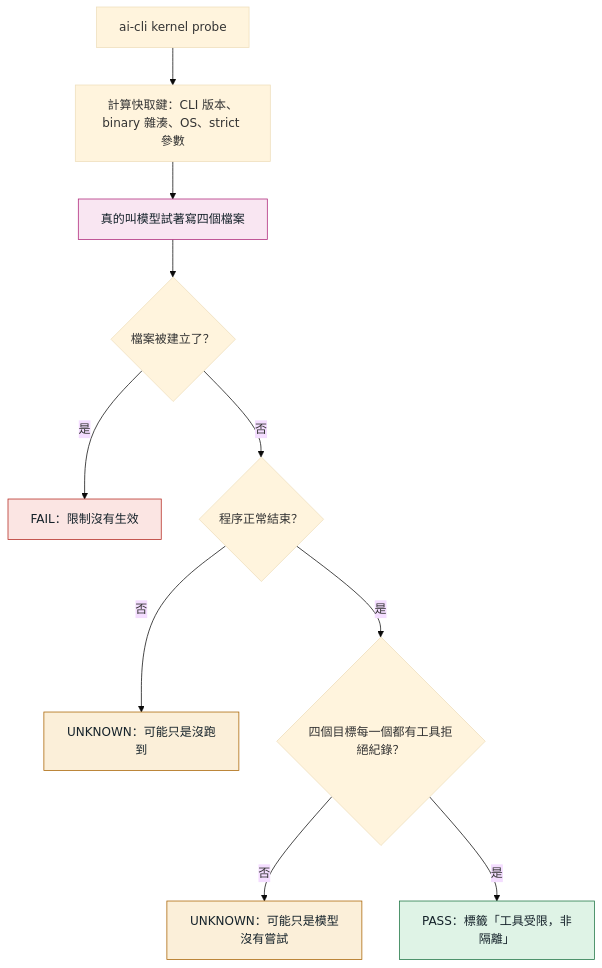
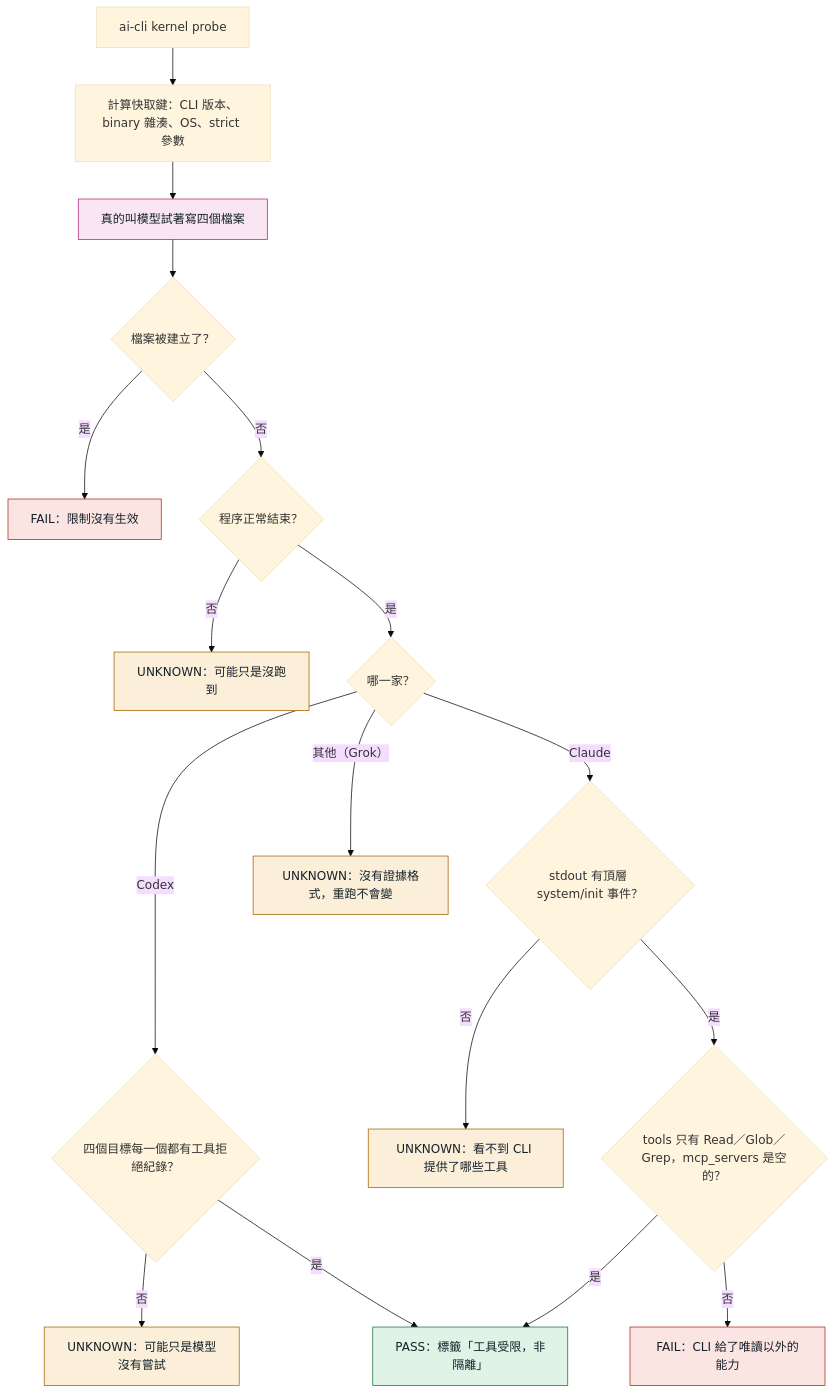
Before and after one commit to moerasermax/tkflyc-ai-cli: the ninth of 13 diagrams in docs/ai-cli_kernel/技術手冊.md, drawn with Mermaid (base theme). The commit also changed other lines of this file and 8 other files, not shown here.

````diff
--- a/docs/ai-cli_kernel/技術手冊.md
+++ b/docs/ai-cli_kernel/技術手冊.md
@@ -348,16 +348,23 @@
 ```mermaid
 flowchart TD
   P["ai-cli kernel probe"] --> K["計算快取鍵：CLI 版本、binary 雜湊、OS、strict 參數"]
   K --> J["真的叫模型試著寫四個檔案"]:::model
   J --> Q1{"檔案被建立了？"}
   Q1 -->|"是"| FAIL["FAIL：限制沒有生效"]:::bad
   Q1 -->|"否"| Q2{"程序正常結束？"}
   Q2 -->|"否"| U1["UNKNOWN：可能只是沒跑到"]:::warn
-  Q2 -->|"是"| Q3{"四個目標每一個都有工具拒絕紀錄？"}
+  Q2 -->|"是"| A{"哪一家？"}
+  A -->|"Codex"| Q3{"四個目標每一個都有工具拒絕紀錄？"}
   Q3 -->|"否"| U2["UNKNOWN：可能只是模型沒有嘗試"]:::warn
   Q3 -->|"是"| PASS["PASS：標籤「工具受限，非隔離」"]:::ok
+  A -->|"Claude"| C1{"stdout 有頂層 system/init 事件？"}
+  C1 -->|"否"| U3["UNKNOWN：看不到 CLI 提供了哪些工具"]:::warn
+  C1 -->|"是"| C2{"tools 只有 Read／Glob／Grep，mcp_servers 是空的？"}
+  C2 -->|"否"| FAIL2["FAIL：CLI 給了唯讀以外的能力"]:::bad
+  C2 -->|"是"| PASS
+  A -->|"其他（Grok）"| U4["UNKNOWN：沒有證據格式，重跑不會變"]:::warn
   classDef model fill:#F9E6F2,stroke:#AD2478,color:#15222A
   classDef ok fill:#DFF3E6,stroke:#1B7341,color:#15222A
   classDef warn fill:#FBEFD9,stroke:#A86200,color:#15222A
   classDef bad fill:#FBE5E3,stroke:#B3261E,color:#15222A
 ```
````
